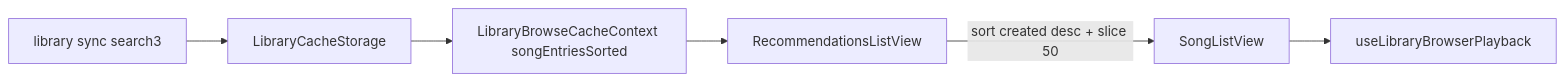
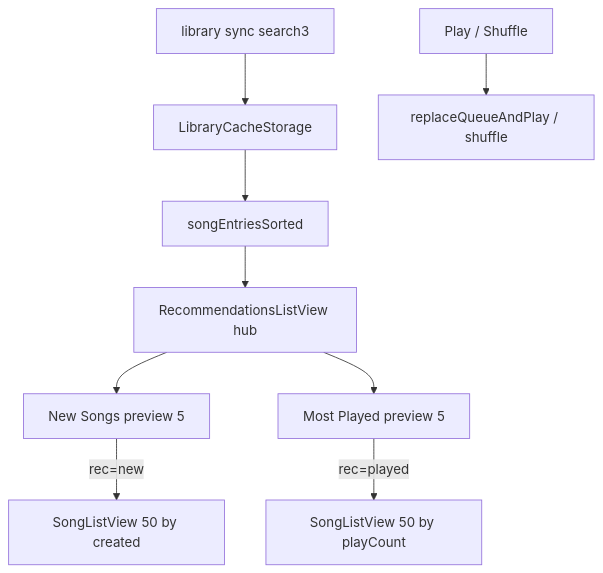
One commit to gentlespoon/AsMusic changed the diagram in doc/features/recommendations.md. Above: the diagram before and after it, drawn with Mermaid. The commit also changed other lines of this file and 24 other files, not shown here.

First line of the commit message:
feat: most played songs (#40)

````diff
--- a/doc/features/recommendations.md
+++ b/doc/features/recommendations.md
@@ -31,8 +33,11 @@
 ```mermaid
-flowchart LR
+flowchart TB
   Sync[library sync search3] --> Cache[LibraryCacheStorage]
-  Cache --> Ctx[LibraryBrowseCacheContext songEntriesSorted]
-  Ctx --> Rec[RecommendationsListView]
-  Rec -->|sort created desc + slice 50| List[SongListView]
-  List --> Play[useLibraryBrowserPlayback]
+  Cache --> Ctx[songEntriesSorted]
+  Ctx --> Hub[RecommendationsListView hub]
+  Hub --> NewPreview[New Songs preview 5]
+  Hub --> PlayedPreview[Most Played preview 5]
+  NewPreview -->|rec=new| FullNew[SongListView 50 by created]
+  PlayedPreview -->|rec=played| FullPlayed[SongListView 50 by playCount]
+  Play[Play / Shuffle] --> Queue[replaceQueueAndPlay / shuffle]
 ```
````
